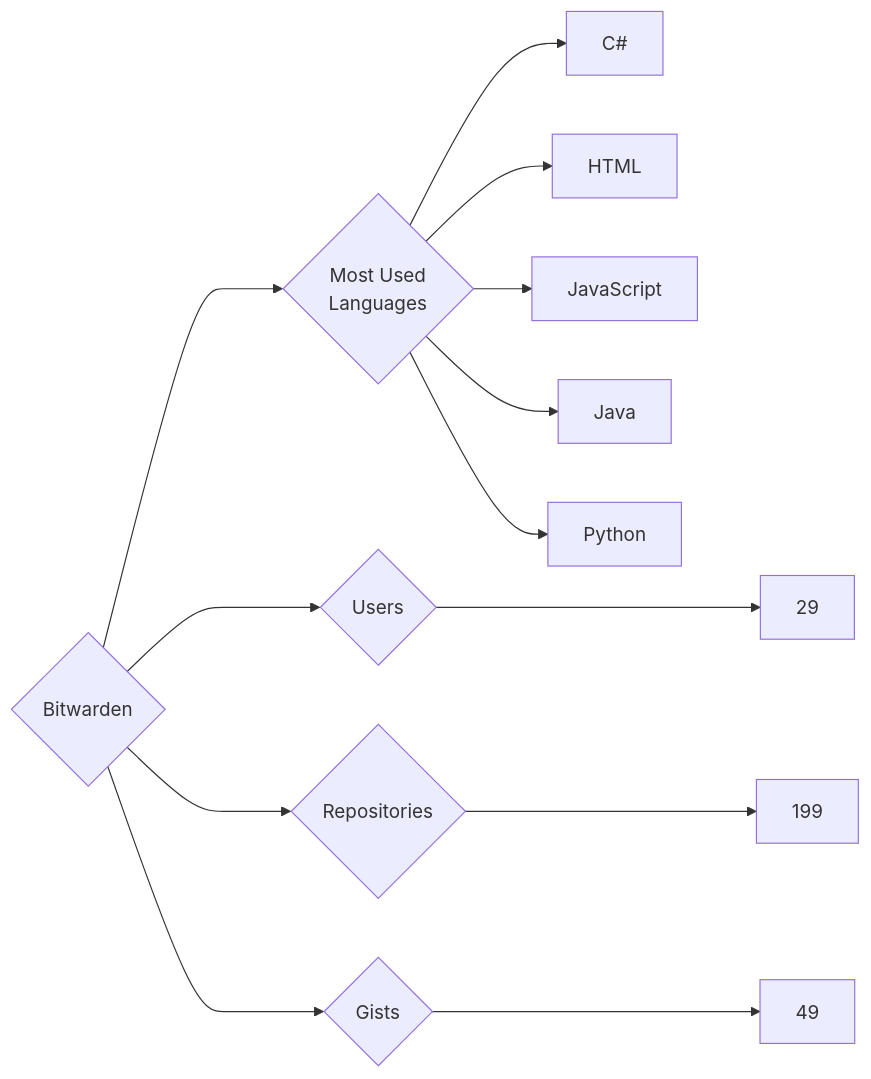
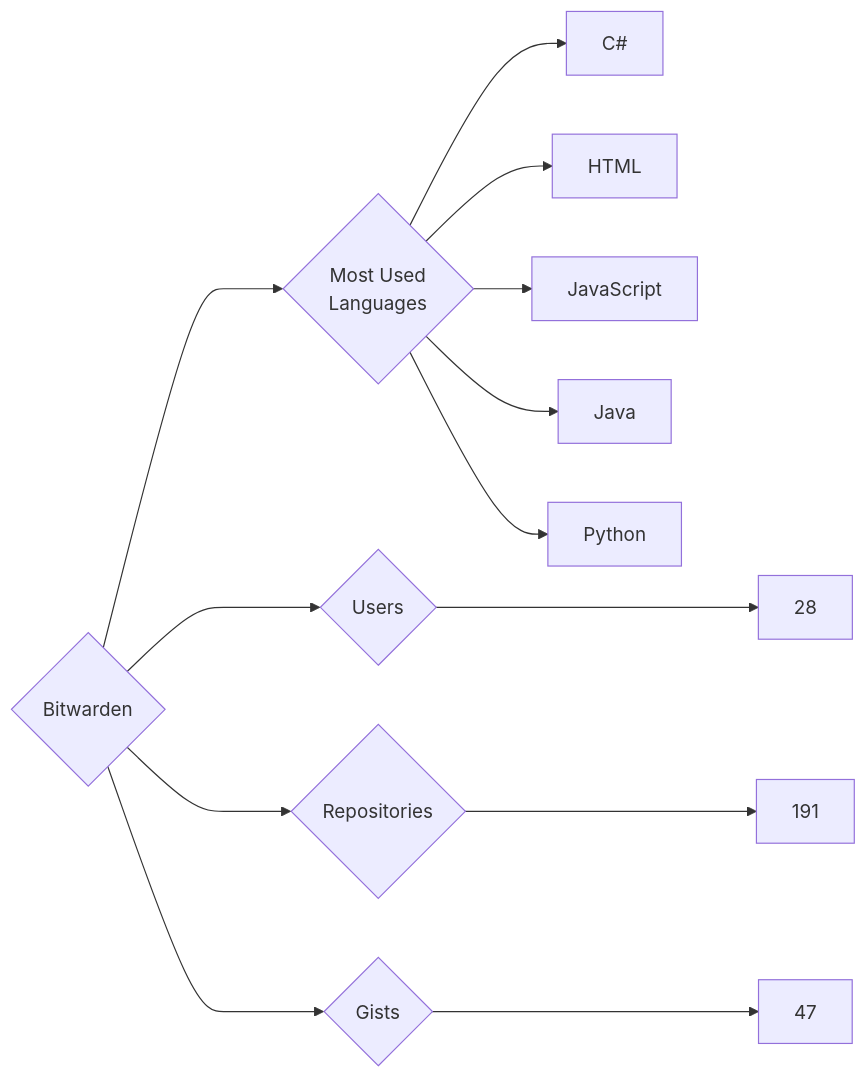
Before and after one commit to trickest/insiders: the diagram in targets/Bitwarden/README.md, drawn with Mermaid. The commit also changed 895 other files, not shown here.

````diff
--- a/targets/Bitwarden/README.md
+++ b/targets/Bitwarden/README.md
@@ -3,13 +3,13 @@
 ```mermaid
 graph LR
 COMPANY_NAME{Bitwarden}
-COMPANY_NAME ---> U{Users} ---> UN[29]
-COMPANY_NAME ---> R{Repositories} ---> RN[199]
-COMPANY_NAME ---> G{Gists} ---> GN[49]
+COMPANY_NAME ---> U{Users} ---> UN[28]
+COMPANY_NAME ---> R{Repositories} ---> RN[191]
+COMPANY_NAME ---> G{Gists} ---> GN[47]
 COMPANY_NAME ---> ML{Most Used<br>Languages}
 ML --> C#[C#]
 ML --> HTML[HTML]
 ML --> JavaScript[JavaScript]
 ML --> Java[Java]
 ML --> Python[Python]
 ```
````
